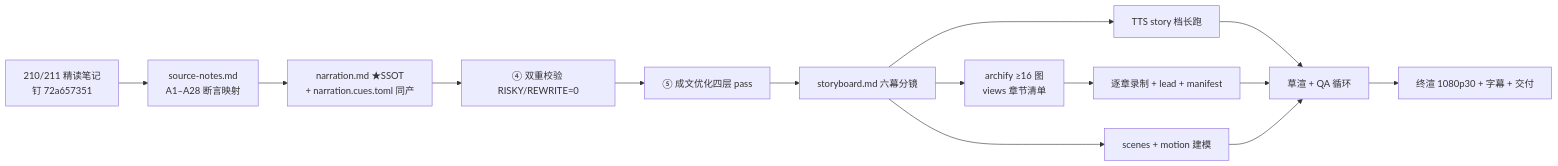
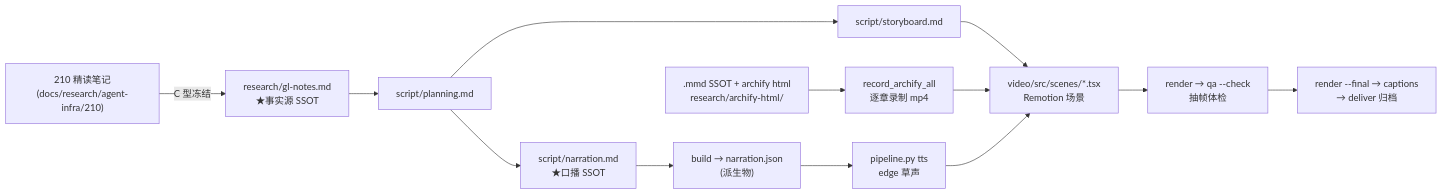
Before and after one commit to ThreeFish-AI/negentropy: the diagram in apps/negentropy-influence/episodes/agent-skills-video/script/planning.md, drawn with Mermaid. The commit also changed other lines of this file and 155 other files, not shown here.

````diff
--- a/apps/negentropy-influence/episodes/agent-skills-video/script/planning.md
+++ b/apps/negentropy-influence/episodes/agent-skills-video/script/planning.md
@@ -70,14 +69,15 @@
 ```mermaid
 flowchart LR
-    A[210/211 精读笔记<br/>钉 72a657351] --> B[source-notes.md<br/>A1–A28 断言映射]
-    B --> C[narration.md ★SSOT<br/>+ narration.cues.toml 同产]
-    C --> D[④ 双重校验 RISKY/REWRITE=0]
-    D --> E[⑤ 成文优化四层 pass]
-    E --> F[storyboard.md 六幕分镜]
-    F --> G[TTS story 档长跑]
-    F --> H[archify ≥16 图<br/>views 章节清单]
-    H --> I[逐章录制 + lead + manifest]
-    F --> J[scenes + motion 建模]
-    G & I & J --> K[草渲 + QA 循环]
-    K --> L[终渲 1080p30 + 字幕 + 交付]
+  A["210 精读笔记<br/>(docs/research/agent-infra/210)"] -->|C 型冻结| B["research/gl-notes.md<br/>★事实源 SSOT"]
+  B --> C["script/planning.md"]
+  C --> D["script/narration.md<br/>★口播 SSOT"]
+  D --> D2["build → narration.json<br/>(派生物)"]
+  D2 --> E["pipeline.py tts<br/>edge 草声"]
+  M[".mmd SSOT + archify html<br/>research/archify-html/"] --> R["record_archify_all<br/>逐章录制 mp4"]
+  C --> S["script/storyboard.md"]
+  S --> V["video/src/scenes/*.tsx<br/>Remotion 场景"]
+  R --> V
+  E --> V
+  V --> Q["render → qa --check<br/>抽帧体检"]
+  Q --> F["render --final → captions<br/>→ deliver 归档"]
 ```
````
